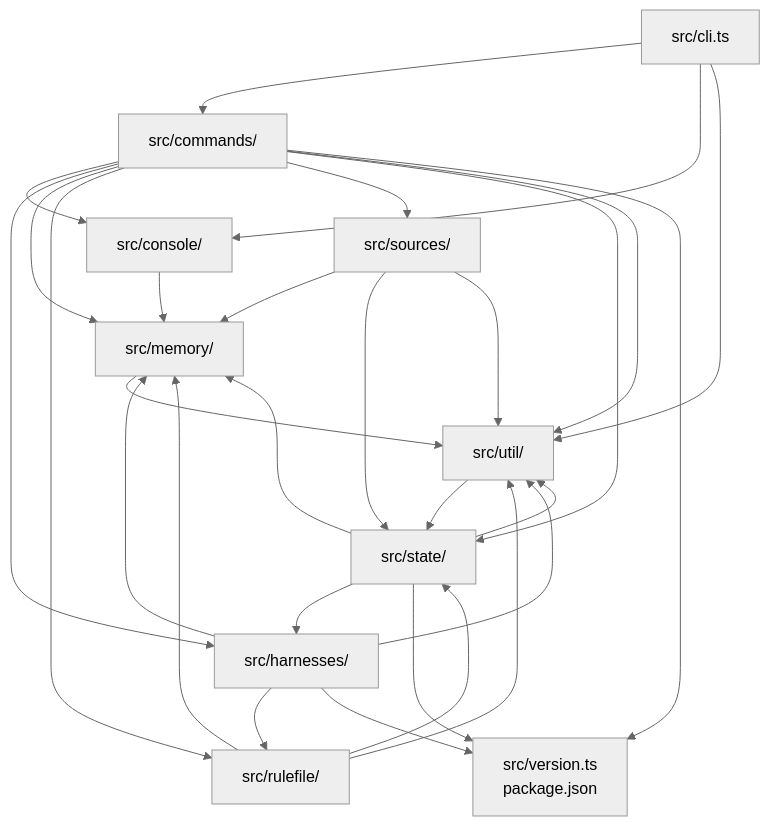
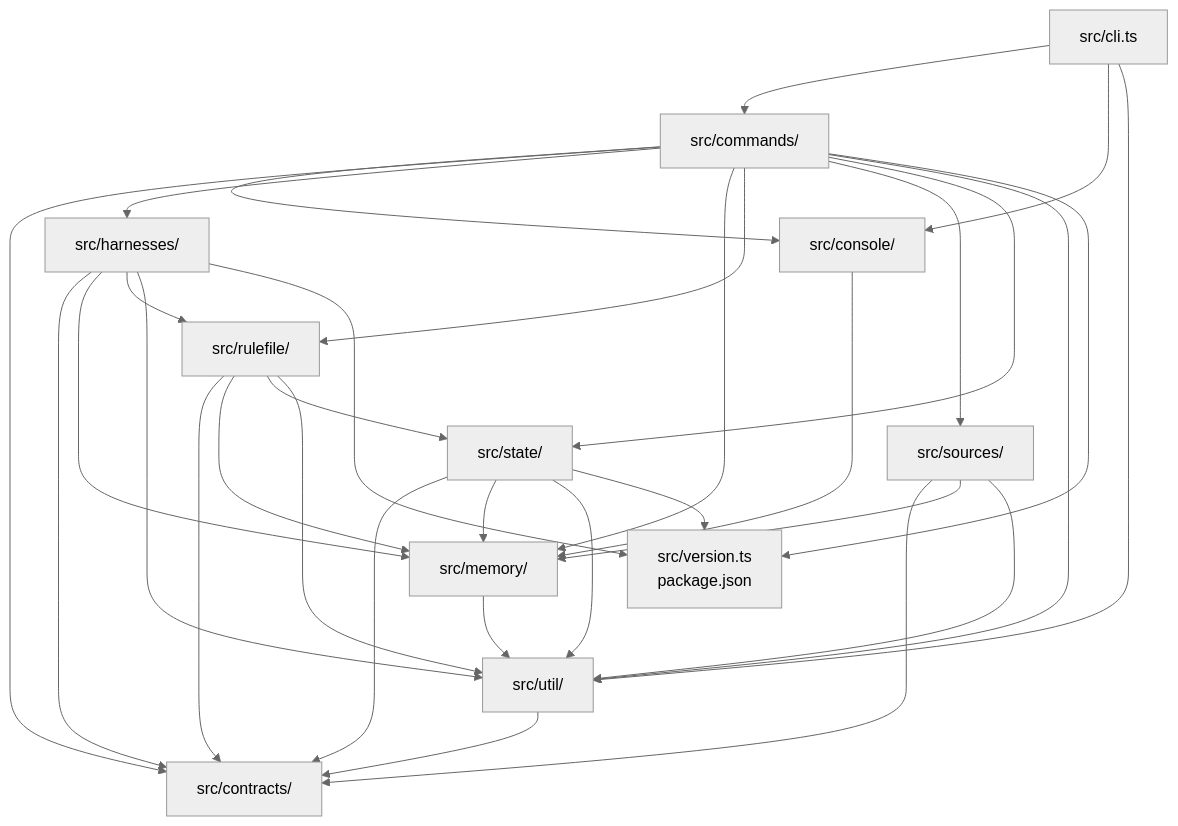
One commit to Vivswan/maxims changed diagram 15 of 15 in docs/architecture.md. Above: the diagram before and after it, drawn with Mermaid (neutral theme). The commit also changed other lines of this file and 54 other files, not shown here.

````diff
--- a/docs/architecture.md
+++ b/docs/architecture.md
@@ -558,41 +561,45 @@
 ```mermaid
 graph TD
   cli["src/cli.ts"]
   commands["src/commands/"]
   console["src/console/"]
   harnesses["src/harnesses/"]
   rulefile["src/rulefile/"]
   sources["src/sources/"]
   state["src/state/"]
+  contracts["src/contracts/"]
   memory["src/memory/"]
   util["src/util/"]
   version["src/version.ts<br>package.json"]
   cli --> commands
   cli --> console
   cli --> util
   commands --> console
+  commands --> contracts
   commands --> harnesses
   commands --> memory
   commands --> rulefile
   commands --> sources
   commands --> state
   commands --> util
   commands --> version
   console --> memory
+  harnesses --> contracts
   harnesses --> memory
   harnesses --> rulefile
   harnesses --> util
   harnesses --> version
+  rulefile --> contracts
   rulefile --> memory
   rulefile --> state
   rulefile --> util
+  sources --> contracts
   sources --> memory
-  sources --> state
   sources --> util
-  state --> harnesses
+  state --> contracts
   state --> memory
   state --> util
   state --> version
   memory --> util
-  util --> state
+  util --> contracts
 ```
````
